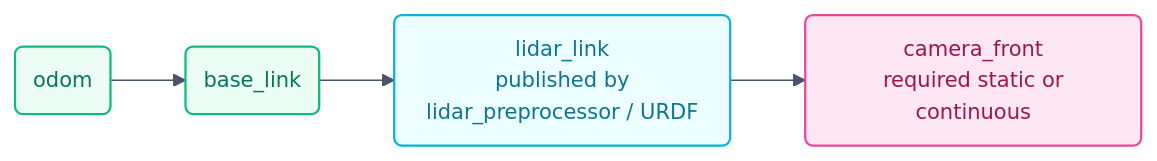
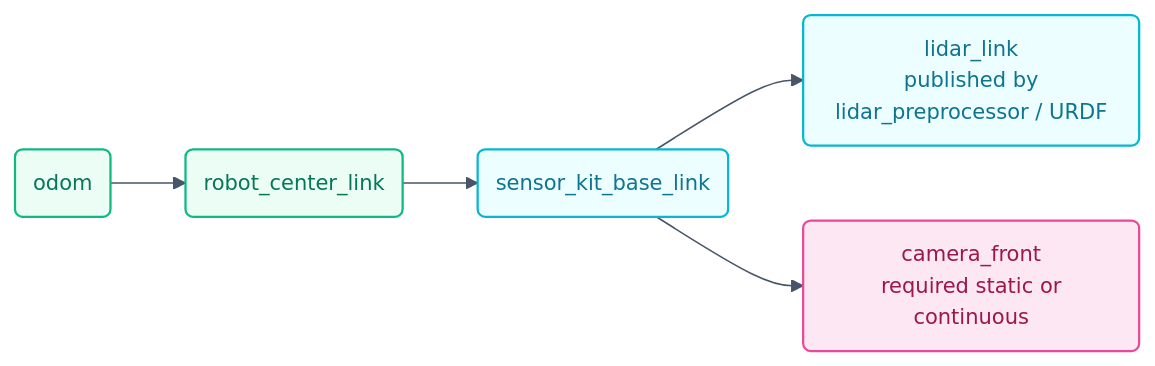
One commit to hwanhonglee/CAMROD changed the third of 3 diagrams in camrod_perception/README.md. Above: the diagram before and after it, drawn with Mermaid. The commit also changed other lines of this file and 132 other files, not shown here.

````diff
--- a/camrod_perception/README.md
+++ b/camrod_perception/README.md
@@ -176,18 +186,21 @@
 ```mermaid
 %%{init: {'theme': 'base', 'themeVariables': {'fontFamily': 'ui-sans-serif, system-ui, sans-serif', 'fontSize': '14px', 'primaryColor': '#EEF2FF', 'primaryTextColor': '#0F172A', 'primaryBorderColor': '#6366F1', 'lineColor': '#475569'}, 'flowchart': {'curve': 'basis', 'htmlLabels': true, 'padding': 12}}}%%
 graph LR
   ODOM(odom)
-  BASE(base_link)
+  BASE(robot_center_link)
+  KIT(sensor_kit_base_link)
   LIDAR(lidar_link\n published by lidar_preprocessor / URDF)
   CAM(camera_front\n required static or continuous)
 
-  ODOM --> BASE --> LIDAR --> CAM
+  ODOM --> BASE --> KIT
+  KIT --> LIDAR
+  KIT --> CAM
 
   classDef localization fill:#ECFDF5,stroke:#10B981,stroke-width:1.5px,color:#047857;
   classDef sensing      fill:#ECFEFF,stroke:#06B6D4,stroke-width:1.5px,color:#0E7490;
   classDef perception   fill:#FCE7F3,stroke:#EC4899,stroke-width:1.5px,color:#9D174D;
 
   class ODOM,BASE localization
-  class LIDAR sensing
+  class KIT,LIDAR sensing
   class CAM perception
 ```
````
